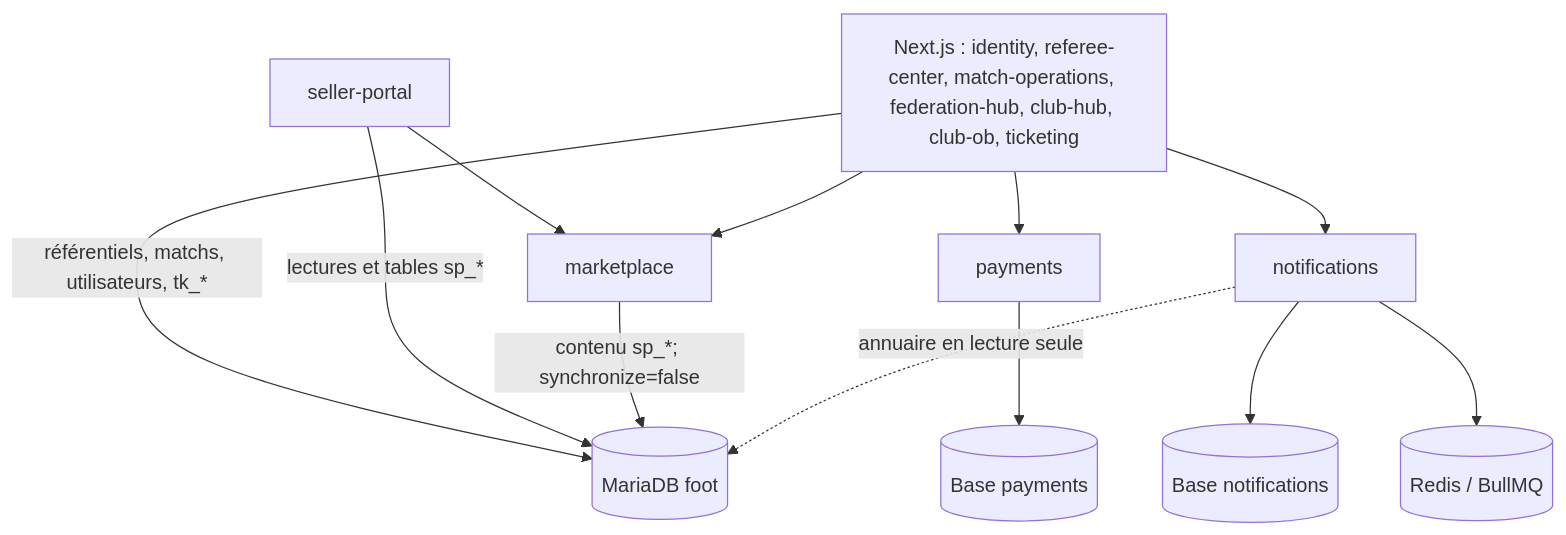
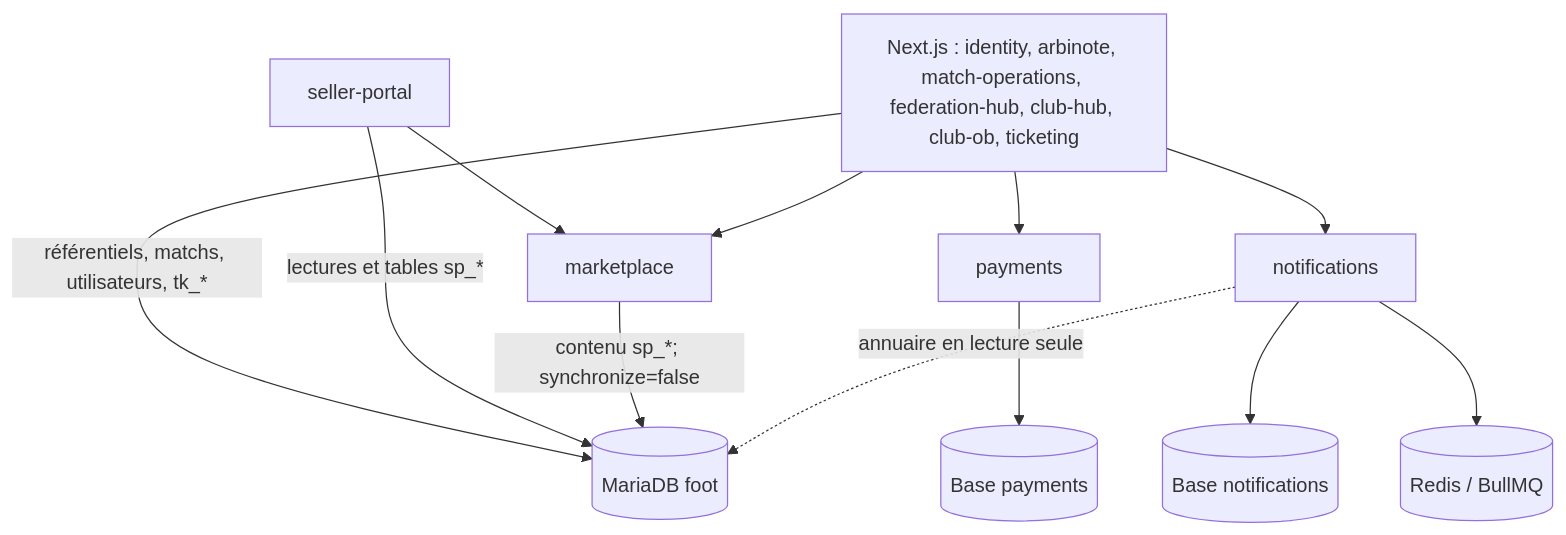
One commit to brahmiamine/foot changed the diagram in README.md. Above: the diagram before and after it, drawn with Mermaid. The commit also changed other lines of this file and 561 other files, not shown here.

````diff
--- a/README.md
+++ b/README.md
@@ -82,25 +82,25 @@
 ```mermaid
 flowchart TB
   Shared[(MariaDB foot)]
   Payment[(Base payments)]
   Notification[(Base notifications)]
   Redis[(Redis / BullMQ)]
 
-  Next[Next.js : identity, referee-center, match-operations, federation-hub, club-hub, club-ob, ticketing]
+  Next[Next.js : identity, arbinote, match-operations, federation-hub, club-hub, club-ob, ticketing]
   Seller[seller-portal]
   Market[marketplace]
   Pay[payments]
   Notify[notifications]
 
   Next -->|référentiels, matchs, utilisateurs, tk_*| Shared
   Seller -->|lectures et tables sp_*| Shared
   Market -->|contenu sp_*; synchronize=false| Shared
   Pay --> Payment
   Notify --> Notification
   Notify --> Redis
   Notify -.->|annuaire en lecture seule| Shared
   Next --> Pay
   Next --> Notify
   Seller --> Market
   Next --> Market
 ```
````
